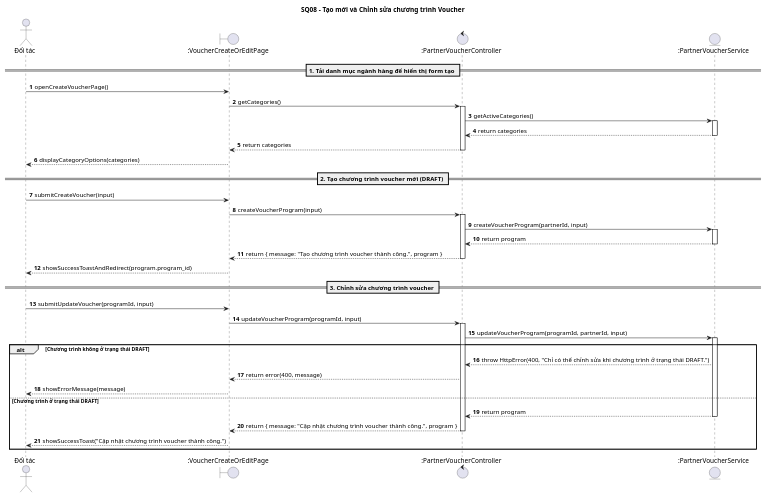
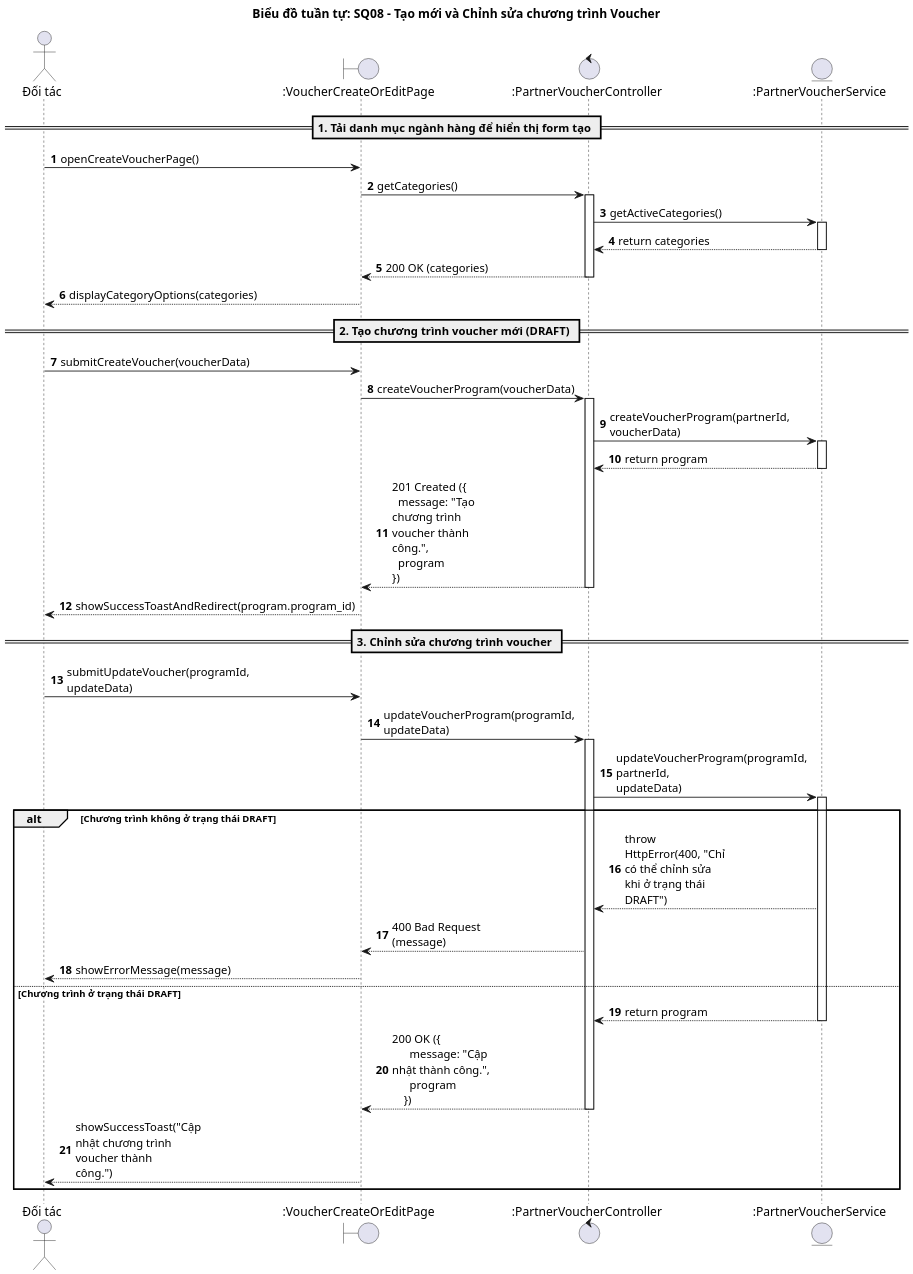
Before and after one commit to Ngo-The-Dat/e-voucher-system: the diagram in doc/sequence/doi_tac/SQ08_tao_va_chinh_sua_voucher.wsd, drawn with PlantUML. The commit also changed 82 other files, not shown here.

```diff
--- a/doc/sequence/doi_tac/SQ08_tao_va_chinh_sua_voucher.wsd
+++ b/doc/sequence/doi_tac/SQ08_tao_va_chinh_sua_voucher.wsd
@@ -1,56 +1,58 @@
 @startuml
-title SQ08 - Tạo mới và Chỉnh sửa chương trình Voucher
+title Biểu đồ tuần tự: SQ08 - Tạo mới và Chỉnh sửa chương trình Voucher
 
 autonumber
+skinparam dpi 180
+skinparam maxMessageSize 120
 skinparam BoxPadding 10
 skinparam ParticipantPadding 10
 
 actor "Đối tác" as DT
 boundary ":VoucherCreateOrEditPage" as UI
 control ":PartnerVoucherController" as Ctrl
 entity ":PartnerVoucherService" as Svc
 
 == 1. Tải danh mục ngành hàng để hiển thị form tạo ==
 DT -> UI: openCreateVoucherPage()
 UI -> Ctrl: getCategories()
 activate Ctrl
 Ctrl -> Svc: getActiveCategories()
 activate Svc
 Svc --> Ctrl: return categories
 deactivate Svc
-Ctrl --> UI: return categories
+Ctrl --> UI: 200 OK (categories)
 deactivate Ctrl
 UI --> DT: displayCategoryOptions(categories)
 
 == 2. Tạo chương trình voucher mới (DRAFT) ==
-DT -> UI: submitCreateVoucher(input)
-UI -> Ctrl: createVoucherProgram(input)
+DT -> UI: submitCreateVoucher(voucherData)
+UI -> Ctrl: createVoucherProgram(voucherData)
 activate Ctrl
-Ctrl -> Svc: createVoucherProgram(partnerId, input)
+Ctrl -> Svc: createVoucherProgram(partnerId, voucherData)
 activate Svc
 Svc --> Ctrl: return program
 deactivate Svc
-Ctrl --> UI: return { message: "Tạo chương trình voucher thành công.", program }
+Ctrl --> UI: 201 Created ({\n  message: "Tạo chương trình voucher thành công.",\n  program\n})
 deactivate Ctrl
 UI --> DT: showSuccessToastAndRedirect(program.program_id)
 
 == 3. Chỉnh sửa chương trình voucher ==
-DT -> UI: submitUpdateVoucher(programId, input)
-UI -> Ctrl: updateVoucherProgram(programId, input)
+DT -> UI: submitUpdateVoucher(programId, updateData)
+UI -> Ctrl: updateVoucherProgram(programId, updateData)
 activate Ctrl
-Ctrl -> Svc: updateVoucherProgram(programId, partnerId, input)
+Ctrl -> Svc: updateVoucherProgram(programId, partnerId, updateData)
 activate Svc
 
 alt Chương trình không ở trạng thái DRAFT
-    Svc --> Ctrl: throw HttpError(400, "Chỉ có thể chỉnh sửa khi chương trình ở trạng thái DRAFT.")
-    Ctrl --> UI: return error(400, message)
+    Svc --> Ctrl: throw HttpError(400, "Chỉ có thể chỉnh sửa khi ở trạng thái DRAFT")
+    Ctrl --> UI: 400 Bad Request (message)
     UI --> DT: showErrorMessage(message)
 else Chương trình ở trạng thái DRAFT
     Svc --> Ctrl: return program
     deactivate Svc
-    Ctrl --> UI: return { message: "Cập nhật chương trình voucher thành công.", program }
+    Ctrl --> UI: 200 OK ({\n      message: "Cập nhật thành công.",\n      program\n    })
     deactivate Ctrl
     UI --> DT: showSuccessToast("Cập nhật chương trình voucher thành công.")
 end
 
 @enduml
```
